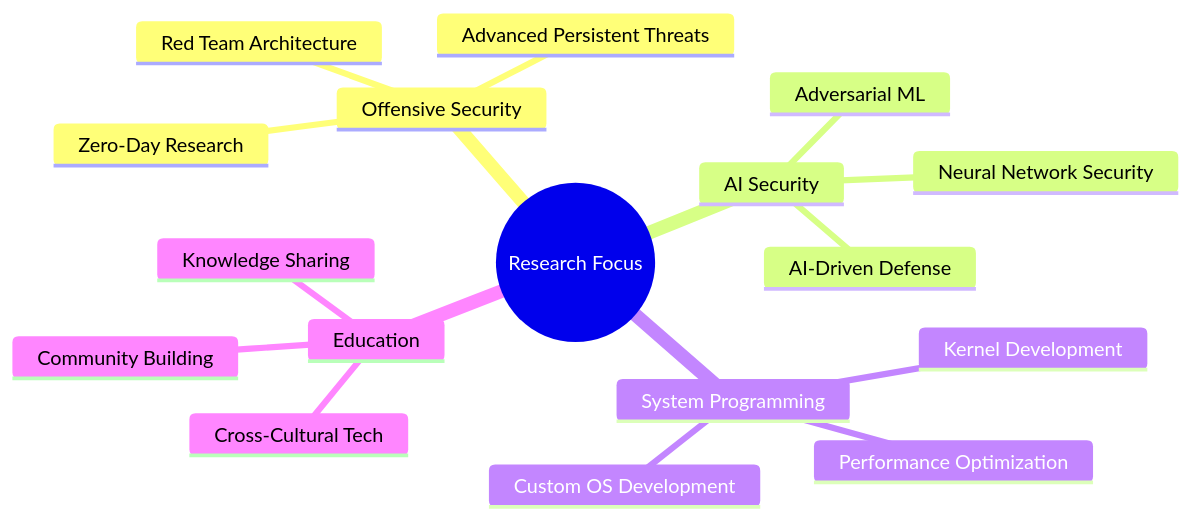
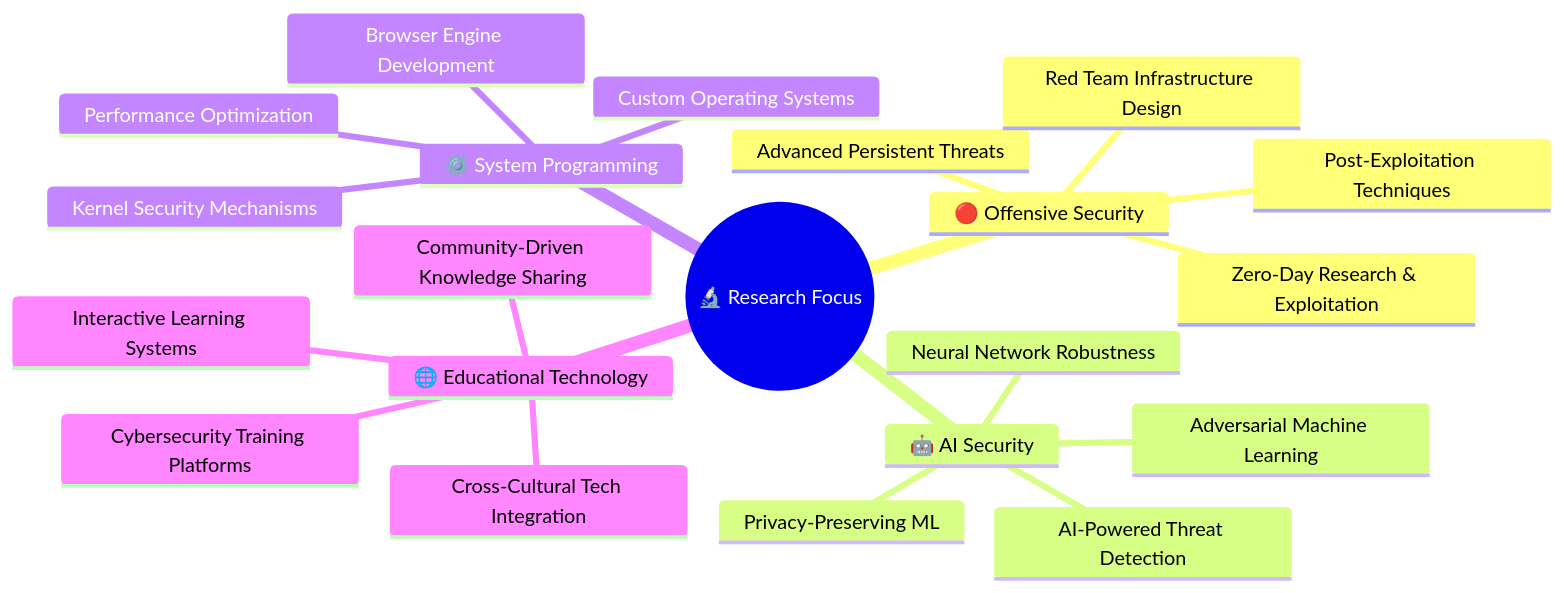
One commit to daghlar/daghlar changed the diagram in README.md. Above: the diagram before and after it, drawn with Mermaid. The commit also changed other lines of this file, not shown here.

````diff
--- a/README.md
+++ b/README.md
@@ -198,20 +367,24 @@
 ```mermaid
 mindmap
-  root((Research Focus))
-    Offensive Security
-      Red Team Architecture
+  root((🔬 Research Focus))
+    🔴 Offensive Security
       Advanced Persistent Threats
-      Zero-Day Research
-    AI Security
-      Adversarial ML
-      AI-Driven Defense
-      Neural Network Security
-    System Programming
-      Kernel Development
+      Zero-Day Research & Exploitation
+      Red Team Infrastructure Design
+      Post-Exploitation Techniques
+    🤖 AI Security
+      Adversarial Machine Learning
+      Neural Network Robustness
+      AI-Powered Threat Detection
+      Privacy-Preserving ML
+    ⚙️ System Programming
+      Custom Operating Systems
+      Kernel Security Mechanisms  
       Performance Optimization
-      Custom OS Development
-    Education
-      Community Building
-      Knowledge Sharing
-      Cross-Cultural Tech
+      Browser Engine Development
+    🌐 Educational Technology
+      Cybersecurity Training Platforms
+      Interactive Learning Systems
+      Community-Driven Knowledge Sharing
+      Cross-Cultural Tech Integration
 ```
````
